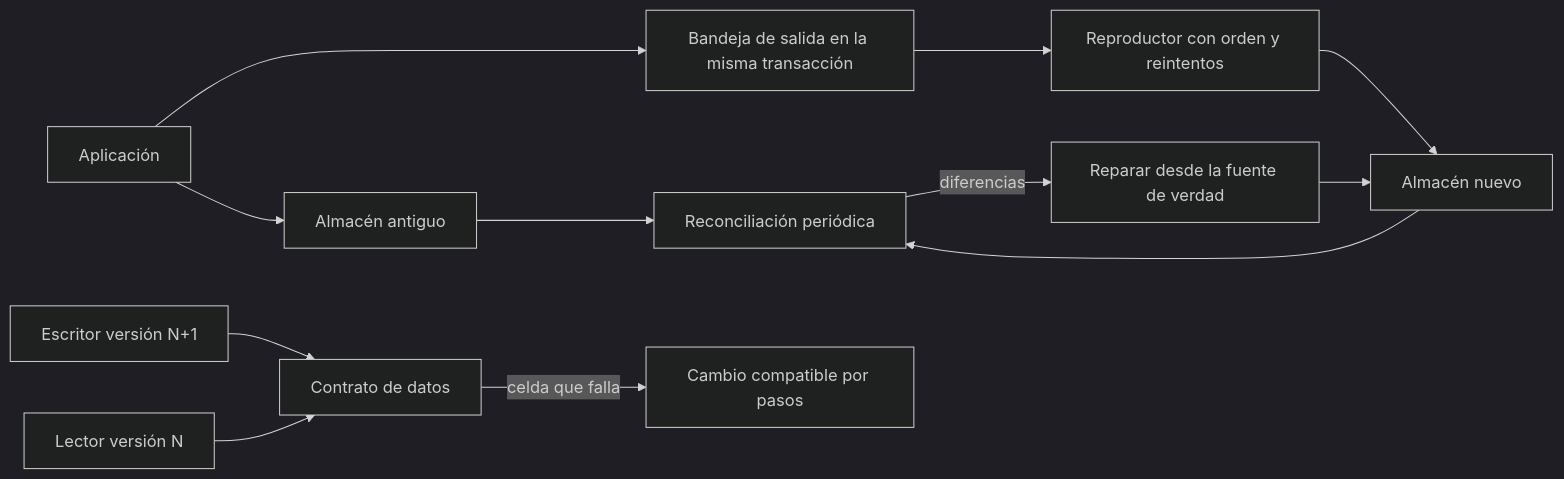
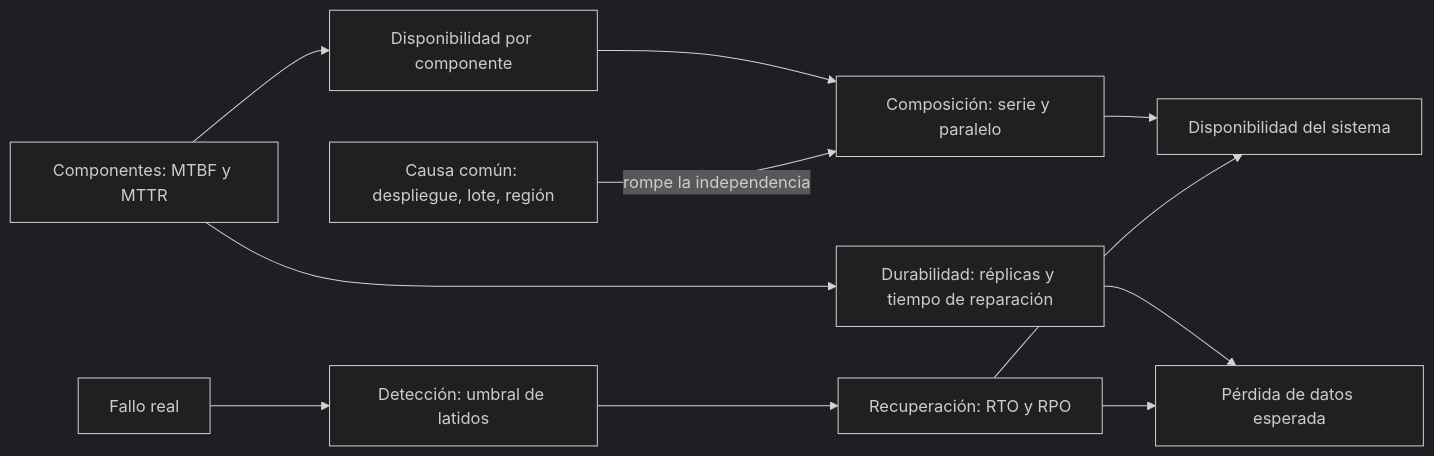
The diagram in content/part-36/SE-440.md (vladimiracunadev-create/modern-software-engineering-program), drawn with Mermaid (dark theme) before and after one commit. The commit also changed other lines of this file and 5193 other files, not shown here.

````diff
--- a/content/part-36/SE-440.md
+++ b/content/part-36/SE-440.md
@@ -56,14 +55,13 @@
 ```mermaid
 flowchart LR
-    A[Aplicación] --> B[Almacén antiguo]
-    A --> C[Bandeja de salida en la misma transacción]
-    C --> D[Reproductor con orden y reintentos]
-    D --> E[Almacén nuevo]
-    B --> F[Reconciliación periódica]
-    E --> F
-    F -->|diferencias| G[Reparar desde la fuente de verdad]
-    G --> E
-    H[Escritor versión N+1] --> I[Contrato de datos]
-    J[Lector versión N] --> I
-    I -->|celda que falla| K[Cambio compatible por pasos]
+    A[Componentes: MTBF y MTTR] --> B[Disponibilidad por componente]
+    B --> C[Composición: serie y paralelo]
+    C --> D[Disponibilidad del sistema]
+    E[Causa común: despliegue, lote, región] -->|rompe la independencia| C
+    A --> F[Durabilidad: réplicas y tiempo de reparación]
+    F --> G[Pérdida de datos esperada]
+    H[Fallo real] --> I[Detección: umbral de latidos]
+    I --> J[Recuperación: RTO y RPO]
+    J --> D
+    J --> G
 ```
````
